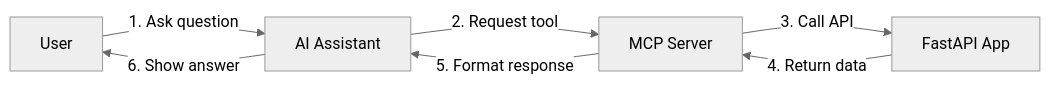
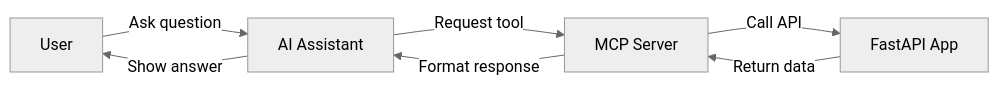
Before and after one commit to sethukrs/fastapi-mcp-demo: the first of 3 diagrams in README.md, drawn with Mermaid (neutral theme). The commit also changed other lines of this file, not shown here.

Commit message:
playing with MCP

````diff
--- a/README.md
+++ b/README.md
@@ -19,9 +19,9 @@
 ```mermaid
 graph LR
-    A[User] -->|"1. Ask question"| B[AI Assistant]
-    B -->|"2. Request tool"| C[MCP Server]
-    C -->|"3. Call API"| D[FastAPI App]
-    D -->|"4. Return data"| C
-    C -->|"5. Format response"| B
-    B -->|"6. Show answer"| A
+    A[User] -->|"Ask question"| B[AI Assistant]
+    B -->|"Request tool"| C[MCP Server]
+    C -->|"Call API"| D[FastAPI App]
+    D -->|"Return data"| C
+    C -->|"Format response"| B
+    B -->|"Show answer"| A
 ```
````
